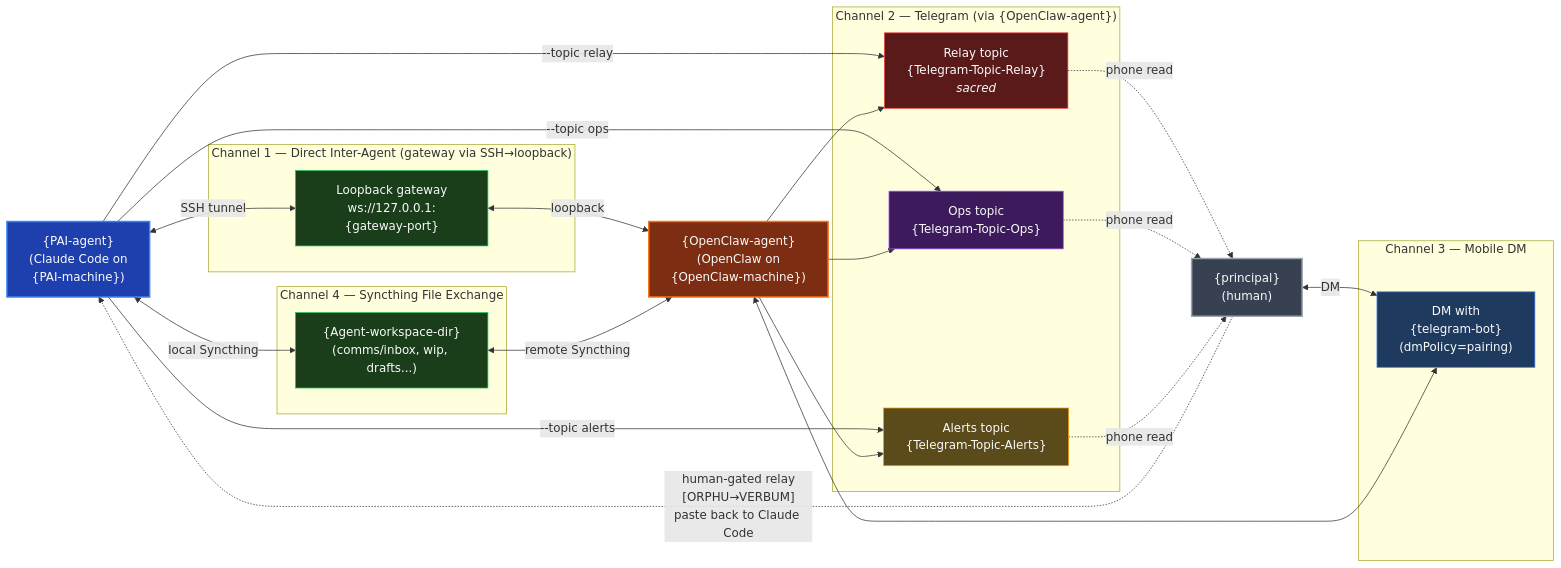
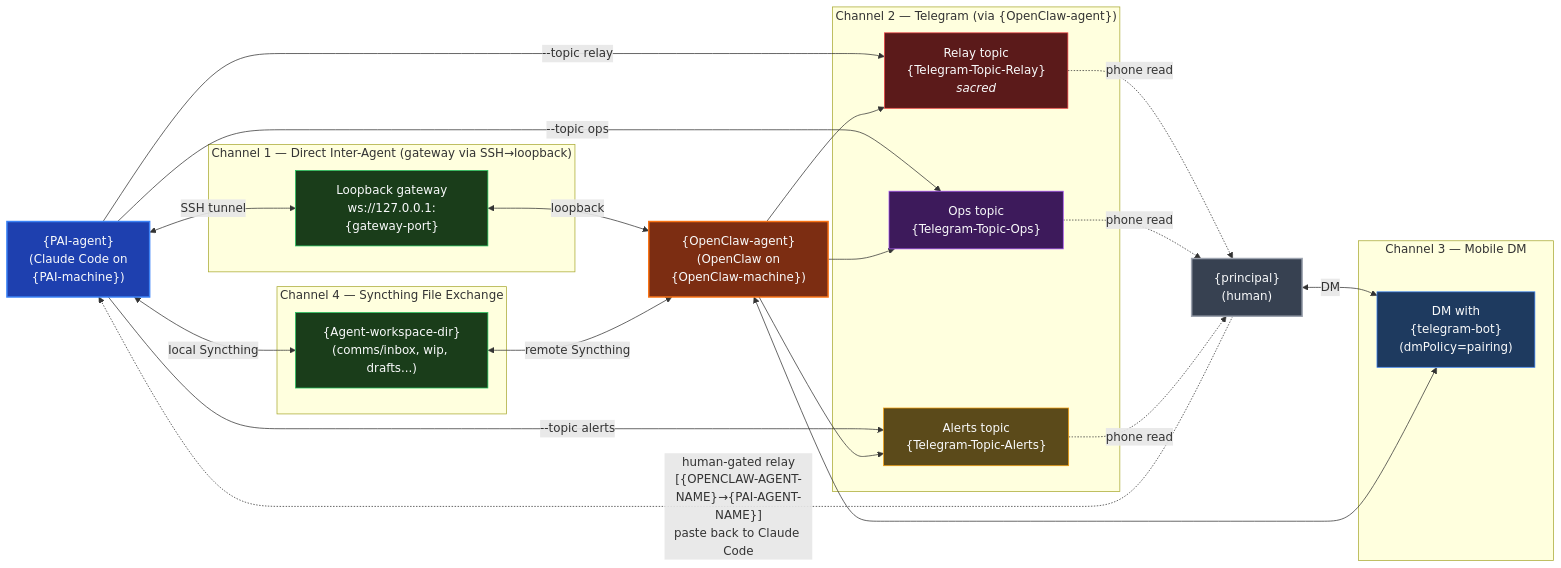
Before and after one commit to cristbc/triad-setup-guide: the diagram in diagrams/four-channels-map.md, drawn with Mermaid. The commit also changed 11 other files, not shown here.

````diff
--- a/diagrams/four-channels-map.md
+++ b/diagrams/four-channels-map.md
@@ -5,56 +5,56 @@
 ```mermaid
 graph LR
     PAI["{PAI-agent}<br/>(Claude Code on<br/>{PAI-machine})"]
     OC["{OpenClaw-agent}<br/>(OpenClaw on<br/>{OpenClaw-machine})"]
     PRIN["{principal}<br/>(human)"]
 
     subgraph C1["Channel 1 — Direct Inter-Agent (gateway via SSH→loopback)"]
         GW["Loopback gateway<br/>ws://127.0.0.1:{gateway-port}"]
     end
 
     subgraph C2["Channel 2 — Telegram (via {OpenClaw-agent})"]
         T_RELAY["Relay topic<br/>{Telegram-Topic-Relay}<br/><i>sacred</i>"]
         T_OPS["Ops topic<br/>{Telegram-Topic-Ops}"]
         T_ALERTS["Alerts topic<br/>{Telegram-Topic-Alerts}"]
     end
 
     subgraph C3["Channel 3 — Mobile DM"]
         DM["DM with<br/>{telegram-bot}<br/>(dmPolicy=pairing)"]
     end
 
     subgraph C4["Channel 4 — Syncthing File Exchange"]
         WS["{Agent-workspace-dir}<br/>(comms/inbox, wip, drafts...)"]
     end
 
     PAI <-->|"SSH tunnel"| GW
     GW <-->|"loopback"| OC
 
     PAI -->|"--topic relay"| T_RELAY
     PAI -->|"--topic ops"| T_OPS
     PAI -->|"--topic alerts"| T_ALERTS
     OC --> T_RELAY
     OC --> T_OPS
     OC --> T_ALERTS
 
     T_RELAY -.->|"phone read"| PRIN
     T_OPS -.->|"phone read"| PRIN
     T_ALERTS -.->|"phone read"| PRIN
 
     PRIN <-->|"DM"| DM
     DM <--> OC
 
     PAI <-->|"local Syncthing"| WS
     WS <-->|"remote Syncthing"| OC
 
-    PRIN -.->|"human-gated relay<br/>[ORPHU→VERBUM]<br/>paste back to Claude Code"| PAI
+    PRIN -.->|"human-gated relay<br/>[{OPENCLAW-AGENT-NAME}→{PAI-AGENT-NAME}]<br/>paste back to Claude Code"| PAI
 
     style PAI fill:#1E40AF,stroke:#3B82F6,color:#F9FAFB,stroke-width:2px
     style OC fill:#7C2D12,stroke:#F97316,color:#F9FAFB,stroke-width:2px
     style PRIN fill:#374151,stroke:#9CA3AF,color:#F9FAFB,stroke-width:2px
     style GW fill:#1A3D1A,stroke:#22C55E,color:#F9FAFB
     style WS fill:#1A3D1A,stroke:#22C55E,color:#F9FAFB
     style T_RELAY fill:#5B1A1A,stroke:#EF4444,color:#F9FAFB
     style T_OPS fill:#3D1A5B,stroke:#A855F7,color:#F9FAFB
     style T_ALERTS fill:#5B4A1A,stroke:#F59E0B,color:#F9FAFB
     style DM fill:#1E3A5F,stroke:#3B82F6,color:#F9FAFB
 ```
````
